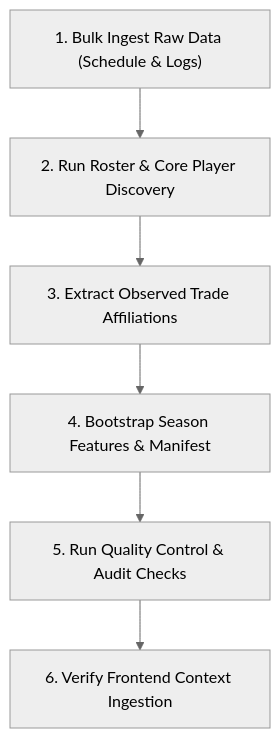
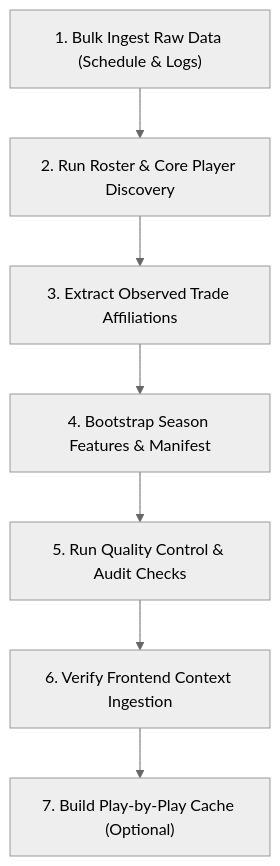
Before and after one commit to Shyesilbas/nbaModelApp: the diagram in docs/season_onboarding_guide.md, drawn with Mermaid (neutral theme). The commit also changed other lines of this file and 12 other files, not shown here.

````diff
--- a/docs/season_onboarding_guide.md
+++ b/docs/season_onboarding_guide.md
@@ -11,8 +11,9 @@
 ```mermaid
 graph TD
     A["1. Bulk Ingest Raw Data (Schedule & Logs)"] --> B["2. Run Roster & Core Player Discovery"]
     B --> C["3. Extract Observed Trade Affiliations"]
     C --> D["4. Bootstrap Season Features & Manifest"]
     D --> E["5. Run Quality Control & Audit Checks"]
     E --> F["6. Verify Frontend Context Ingestion"]
+    F --> G["7. Build Play-by-Play Cache (Optional)"]
 ```
````
